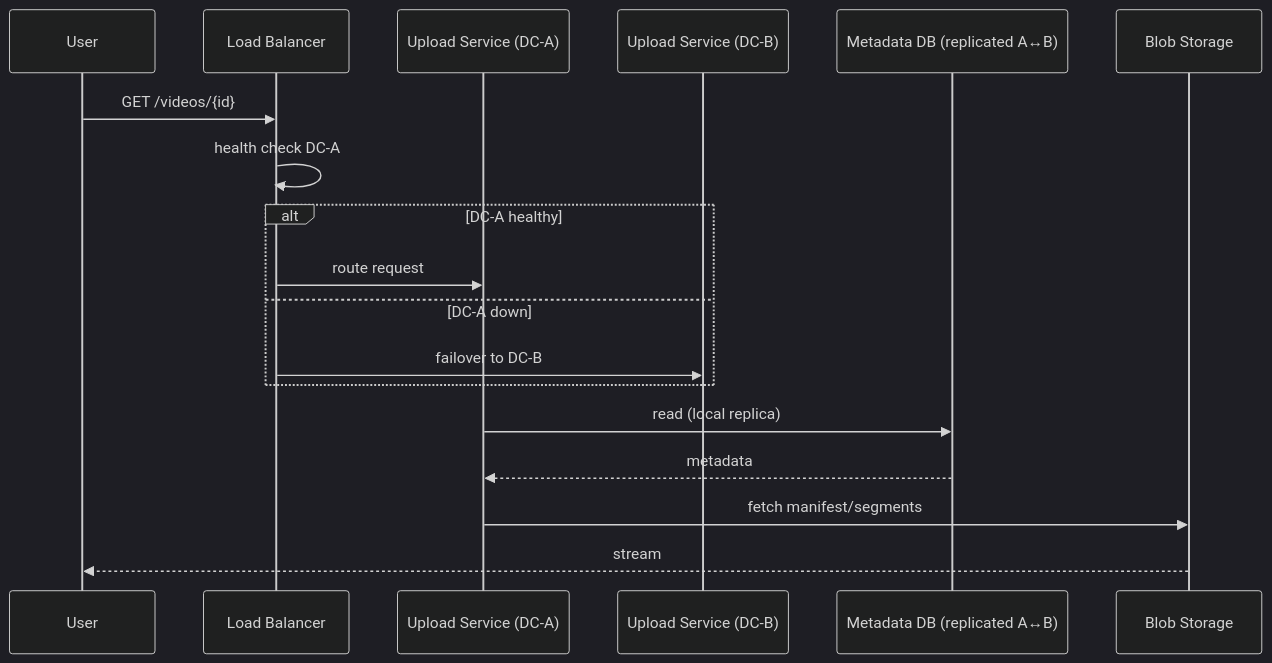
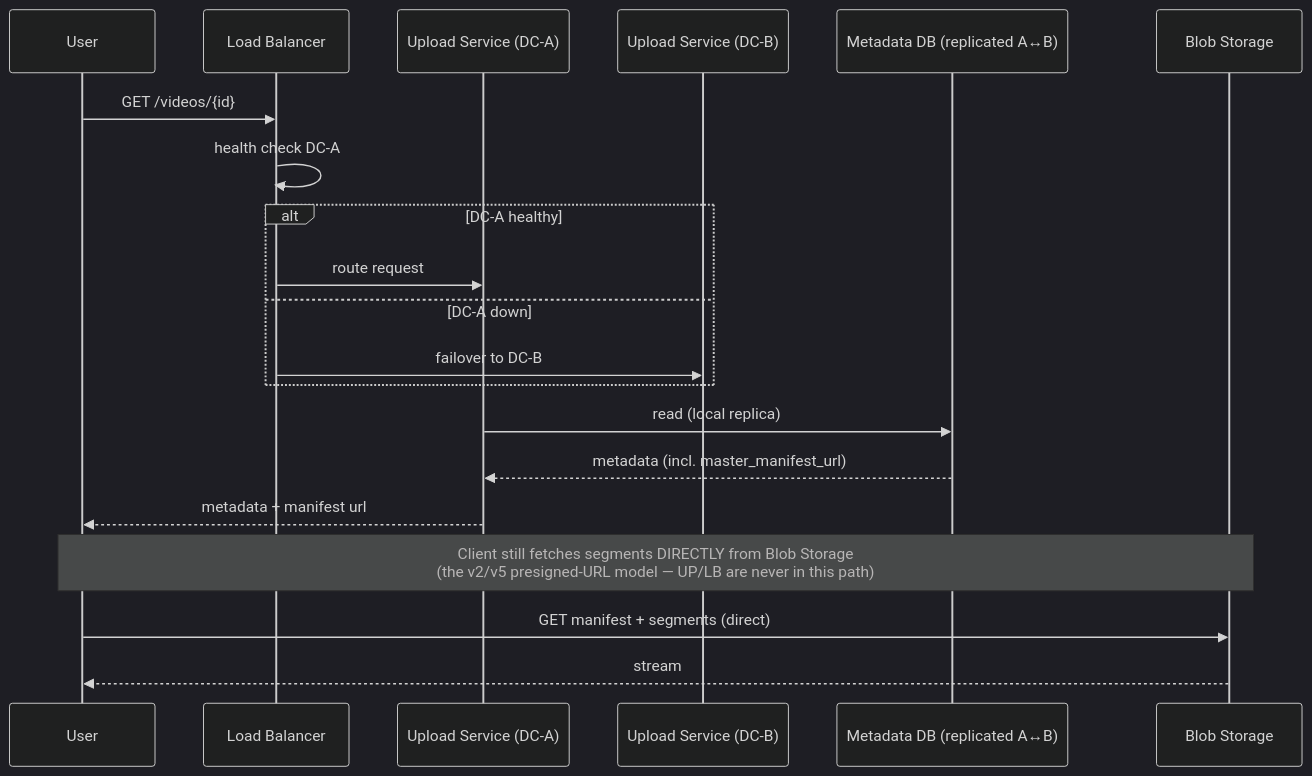
One commit to riyaz-pasha/Learnings changed diagram 13 of 20 in system-design/HLD/0-course/26-Design YouTube-FAANG-Guide-Interview-Version.md. Above: the diagram before and after it, drawn with Mermaid (dark theme). The commit also changed other lines of this file, not shown here.

````diff
--- a/system-design/HLD/0-course/26-Design YouTube-FAANG-Guide-Interview-Version.md
+++ b/system-design/HLD/0-course/26-Design YouTube-FAANG-Guide-Interview-Version.md
@@ -590,21 +613,23 @@
 ```mermaid
 sequenceDiagram
     participant U as User
     participant LB as Load Balancer
     participant UP1 as Upload Service (DC-A)
     participant UP2 as Upload Service (DC-B)
     participant DB as Metadata DB (replicated A↔B)
     participant BS as Blob Storage
 
     U->>LB: GET /videos/{id}
     LB->>LB: health check DC-A
     alt DC-A healthy
         LB->>UP1: route request
     else DC-A down
         LB->>UP2: failover to DC-B
     end
     UP1->>DB: read (local replica)
-    DB-->>UP1: metadata
-    UP1->>BS: fetch manifest/segments
+    DB-->>UP1: metadata (incl. master_manifest_url)
+    UP1-->>U: metadata + manifest url
+    Note over U,BS: Client still fetches segments DIRECTLY from Blob Storage<br/>(the v2/v5 presigned-URL model — UP/LB are never in this path)
+    U->>BS: GET manifest + segments (direct)
     BS-->>U: stream
 ```
````
